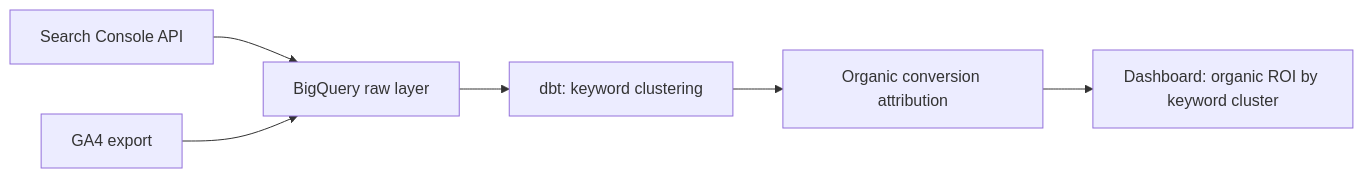
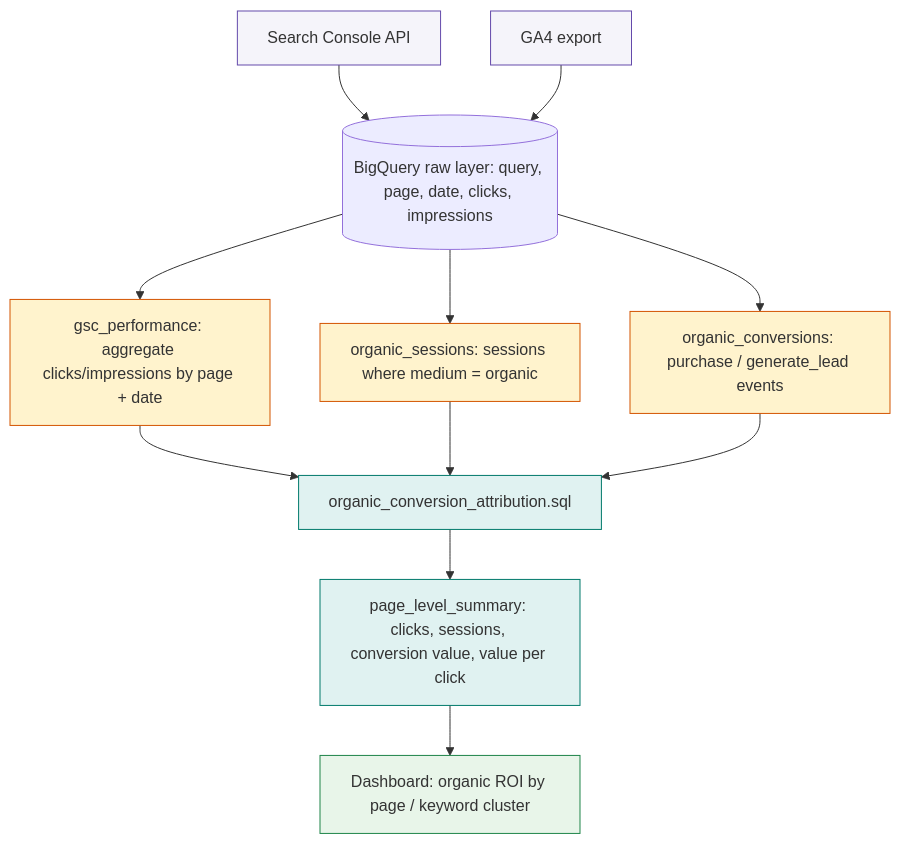
The diagram in README.md (iizmotabar/seo-performance-tracker), drawn with Mermaid before and after one commit. The commit also changed other lines of this file, not shown here.

Commit message:
Expand README with more detail and richer architecture diagram

````diff
--- a/README.md
+++ b/README.md
@@ -11,8 +11,25 @@
 ```mermaid
-flowchart LR
-    A[Search Console API] --> C[BigQuery raw layer]
+flowchart TD
+    A[Search Console API] --> C[(BigQuery raw layer: query, page, date, clicks, impressions)]
     B[GA4 export] --> C
-    C --> D[dbt: keyword clustering]
-    D --> E[Organic conversion attribution]
-    E --> F[Dashboard: organic ROI by keyword cluster]
+
+    C --> D[gsc_performance: aggregate clicks/impressions by page + date]
+    C --> E[organic_sessions: sessions where medium = organic]
+    C --> F[organic_conversions: purchase / generate_lead events]
+
+    D --> G[organic_conversion_attribution.sql]
+    E --> G
+    F --> G
+
+    G --> H[page_level_summary: clicks, sessions, conversion value, value per click]
+    H --> I[Dashboard: organic ROI by page / keyword cluster]
+
+    classDef source fill:#F5F4FA,stroke:#644aab,color:#333
+    classDef agg fill:#fff3cd,stroke:#d35400,color:#333
+    classDef join fill:#e0f2f1,stroke:#00796b,color:#333
+    classDef output fill:#e8f5e9,stroke:#1e8449,color:#333
+    class A,B source
+    class D,E,F agg
+    class G,H join
+    class I output
 ```
````
